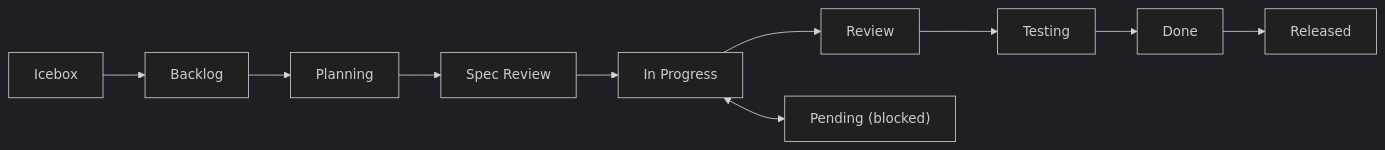
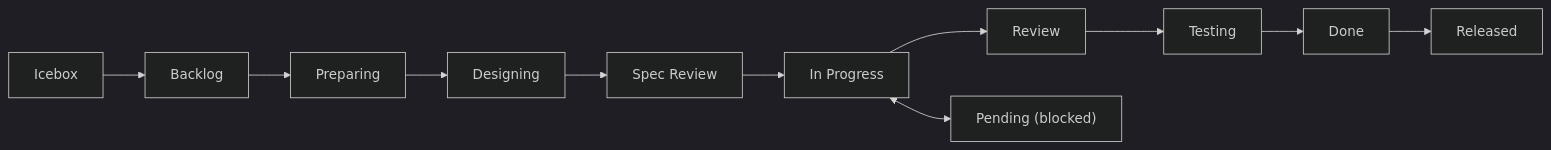
One commit to ShirokumaLibrary/shirokuma-plugins changed the diagram in shirokuma-skills-en/skills/showing-github/reference/github-operations.md. Above: the diagram before and after it, drawn with Mermaid (dark theme). The commit also changed other lines of this file and 89 other files, not shown here.

````diff
--- a/shirokuma-skills-en/skills/showing-github/reference/github-operations.md
+++ b/shirokuma-skills-en/skills/showing-github/reference/github-operations.md
@@ -182,6 +182,6 @@
 ```mermaid
 graph LR
-  Icebox --> Backlog --> Planning --> SpecReview[Spec Review] --> InProgress[In Progress]
+  Icebox --> Backlog --> Preparing --> Designing --> SpecReview[Spec Review] --> InProgress[In Progress]
   InProgress --> Review --> Testing --> Done --> Released
   InProgress <--> Pending["Pending (blocked)"]
 ```
````
